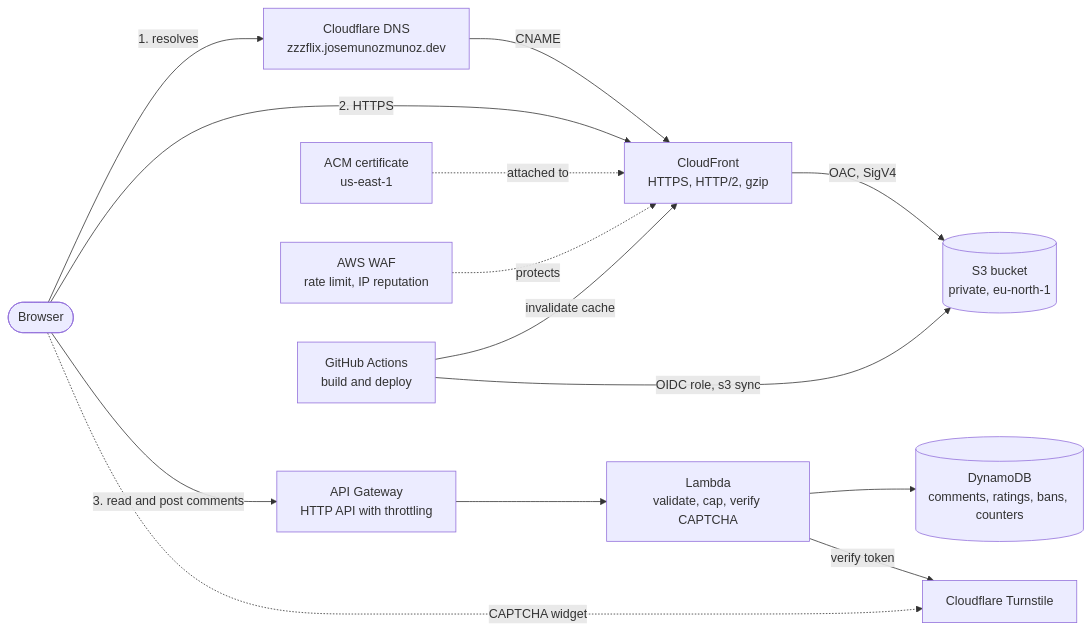
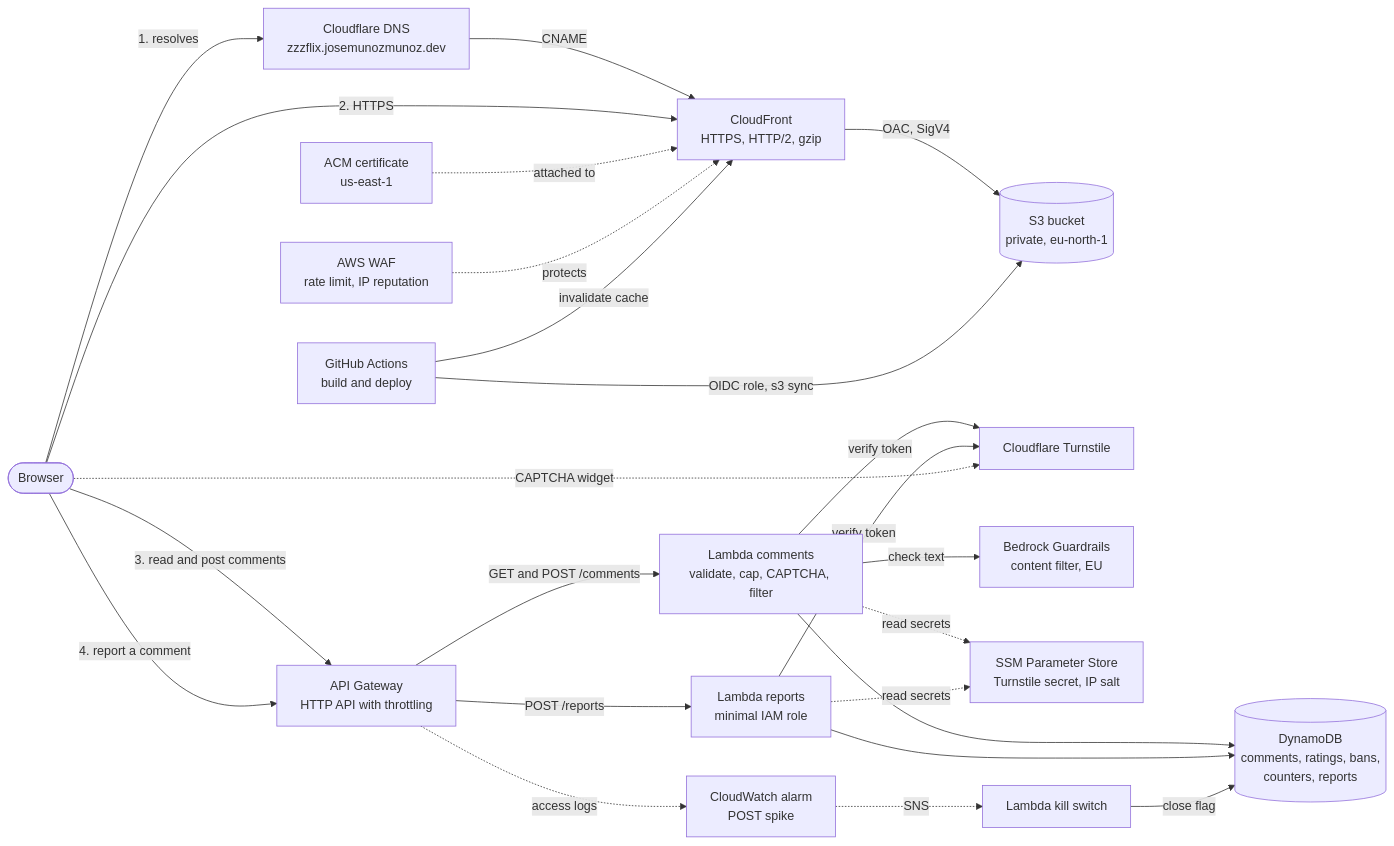
Before and after one commit to jose200112/zzzflix: the diagram in README.md, drawn with Mermaid. The commit also changed other lines of this file, not shown here.

First line of the commit message:
docs: update README (automatic moderation, reports, SSM secrets, kill switch) (#23)

````diff
--- a/README.md
+++ b/README.md
@@ -39,28 +41,43 @@
 ```mermaid
 flowchart LR
   U([Browser])
   DNS[Cloudflare DNS<br/>zzzflix.josemunozmunoz.dev]
   CF[CloudFront<br/>HTTPS, HTTP/2, gzip]
   WAF[AWS WAF<br/>rate limit, IP reputation]
   S3[(S3 bucket<br/>private, eu-north-1)]
   ACM[ACM certificate<br/>us-east-1]
   GHA[GitHub Actions<br/>build and deploy]
   API[API Gateway<br/>HTTP API with throttling]
-  FN[Lambda<br/>validate, cap, verify CAPTCHA]
-  DDB[(DynamoDB<br/>comments, ratings, bans, counters)]
+  FN[Lambda comments<br/>validate, cap, CAPTCHA, filter]
+  RP[Lambda reports<br/>minimal IAM role]
+  DDB[(DynamoDB<br/>comments, ratings, bans,<br/>counters, reports)]
   TS[Cloudflare Turnstile]
+  BR[Bedrock Guardrails<br/>content filter, EU]
+  SSM[SSM Parameter Store<br/>Turnstile secret, IP salt]
+  AL[CloudWatch alarm<br/>POST spike]
+  KS[Lambda kill switch]
 
   U -->|1. resolves| DNS
   DNS -->|CNAME| CF
   U -->|2. HTTPS| CF
   CF -->|OAC, SigV4| S3
   ACM -.->|attached to| CF
   WAF -.->|protects| CF
   GHA -->|OIDC role, s3 sync| S3
   GHA -->|invalidate cache| CF
   U -->|3. read and post comments| API
-  API --> FN
+  U -->|4. report a comment| API
+  API -->|GET and POST /comments| FN
+  API -->|POST /reports| RP
   FN --> DDB
+  RP --> DDB
   FN -->|verify token| TS
+  RP -->|verify token| TS
+  FN -->|check text| BR
+  FN -.->|read secrets| SSM
+  RP -.->|read secrets| SSM
+  API -.->|access logs| AL
+  AL -.->|SNS| KS
+  KS -->|close flag| DDB
   U -.->|CAPTCHA widget| TS
 ```
````
